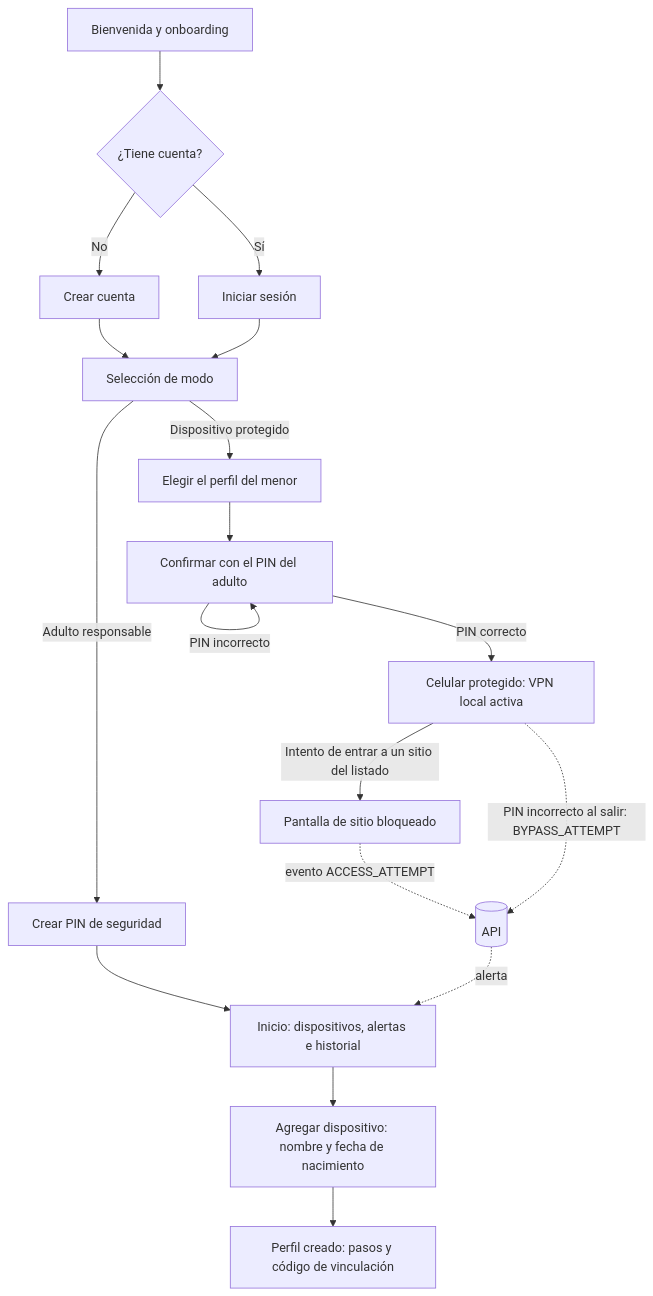
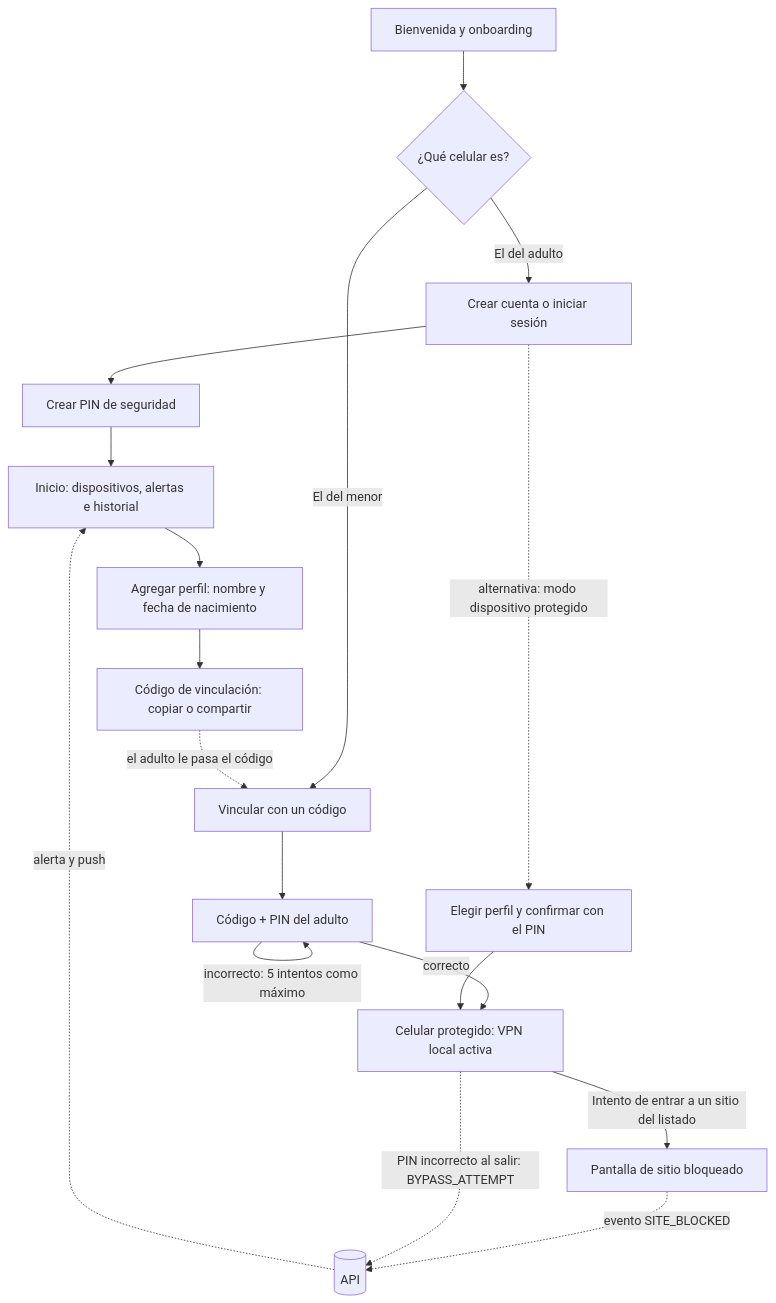
One commit to Innova-Lab-2026/E13-CP changed the diagram in README.md. Above: the diagram before and after it, drawn with Mermaid. The commit also changed other lines of this file and 29 other files, not shown here.

First line of the commit message:
docs: README con la integración de las ramas, capturas nuevas y prueba de Android por código

````diff
--- a/README.md
+++ b/README.md
@@ -20,20 +24,20 @@
 ```mermaid
 flowchart TD
-    A[Bienvenida y onboarding] --> B{¿Tiene cuenta?}
-    B -- No --> C[Crear cuenta]
-    B -- Sí --> D[Iniciar sesión]
-    C --> E[Selección de modo]
-    D --> E
-    E -- Adulto responsable --> F[Crear PIN de seguridad]
+    A[Bienvenida y onboarding] --> B{¿Qué celular es?}
+    B -- El del adulto --> C[Crear cuenta o iniciar sesión]
+    C --> F[Crear PIN de seguridad]
     F --> G[Inicio: dispositivos, alertas e historial]
-    G --> H[Agregar dispositivo: nombre y fecha de nacimiento]
-    H --> I[Perfil creado: pasos y código de vinculación]
-    E -- Dispositivo protegido --> J[Elegir el perfil del menor]
-    J --> K[Confirmar con el PIN del adulto]
-    K -- PIN incorrecto --> K
-    K -- PIN correcto --> L[Celular protegido: VPN local activa]
+    G --> H[Agregar perfil: nombre y fecha de nacimiento]
+    H --> I[Código de vinculación: copiar o compartir]
+    B -- El del menor --> V[Vincular con un código]
+    I -. el adulto le pasa el código .-> V
+    V --> K[Código + PIN del adulto]
+    K -- incorrecto: 5 intentos como máximo --> K
+    K -- correcto --> L[Celular protegido: VPN local activa]
+    C -. alternativa: modo dispositivo protegido .-> J[Elegir perfil y confirmar con el PIN]
+    J --> L
     L -- Intento de entrar a un sitio del listado --> M[Pantalla de sitio bloqueado]
-    M -. evento ACCESS_ATTEMPT .-> N[(API)]
+    M -. evento SITE_BLOCKED .-> N[(API)]
     L -. PIN incorrecto al salir: BYPASS_ATTEMPT .-> N
-    N -. alerta .-> G
+    N -. alerta y push .-> G
 ```
````
